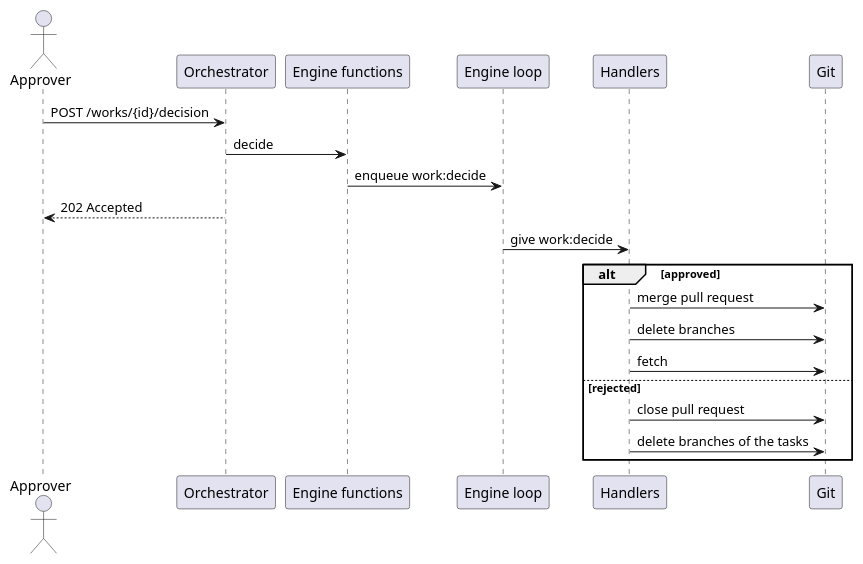
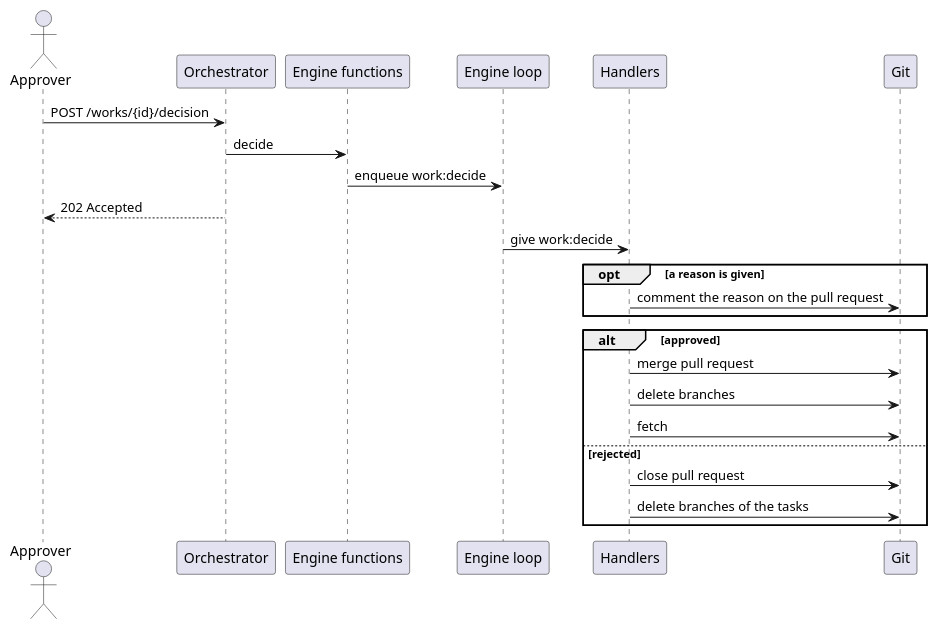
The second of 4 diagrams in docs/06_runtime/action-flow.md (longlh/superteam), drawn with PlantUML before and after one commit. The commit also changed other lines of this file and 9 other files, not shown here.

````diff
--- a/docs/06_runtime/action-flow.md
+++ b/docs/06_runtime/action-flow.md
@@ -159,24 +161,27 @@
 ```plantuml
 @startuml
 actor Approver
 participant "Orchestrator" as Orch
 participant "Engine functions" as Fn
 participant "Engine loop" as EL
 participant "Handlers" as Handler
 participant Git
 
 Approver -> Orch : POST /works/{id}/decision
 Orch -> Fn : decide
 Fn -> EL : enqueue work:decide
 Orch --> Approver : 202 Accepted
 EL -> Handler : give work:decide
+opt a reason is given
+  Handler -> Git : comment the reason on the pull request
+end
 alt approved
   Handler -> Git : merge pull request
   Handler -> Git : delete branches
   Handler -> Git : fetch
 else rejected
   Handler -> Git : close pull request
   Handler -> Git : delete branches of the tasks
 end
 @enduml
 ```
````
